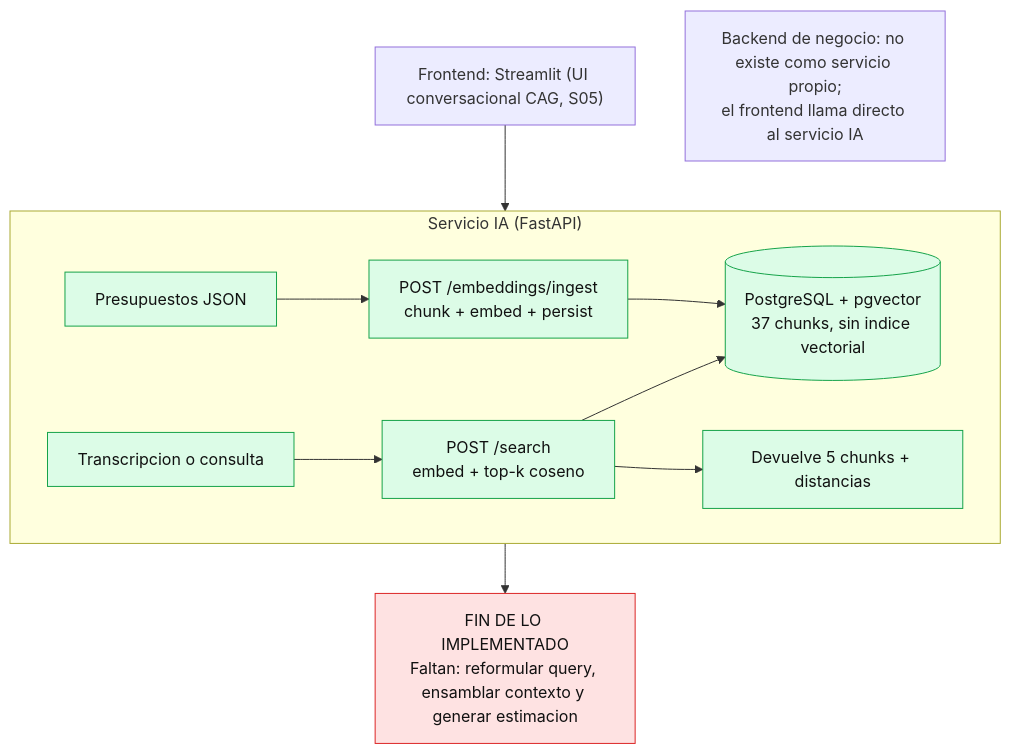
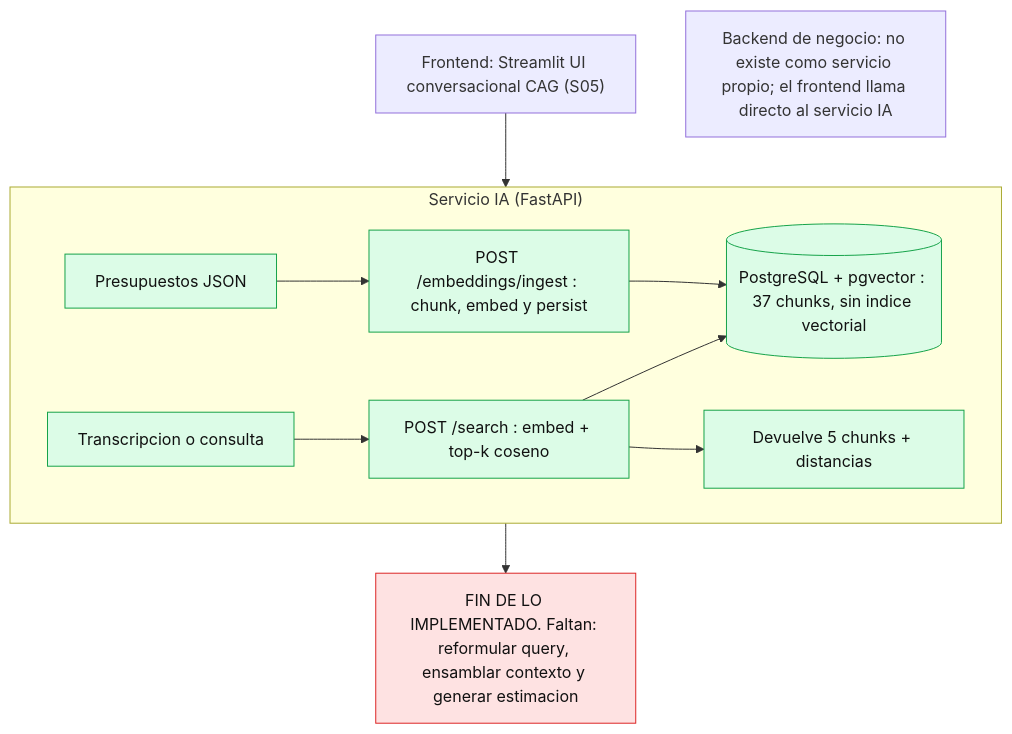
One commit to apelaez-link/ai-engineering-lidr changed the first of 2 diagrams in arquitectura-actual.md. Above: the diagram before and after it, drawn with Mermaid. The commit also changed other lines of this file, not shown here.

Commit message:
fix(S09): diagramas legibles — quito <br/> que GitHub ignora (pegaba palabras)

````diff
--- a/arquitectura-actual.md
+++ b/arquitectura-actual.md
@@ -18,22 +18,22 @@
 ```mermaid
 flowchart TB
-  FE["Frontend: Streamlit (UI conversacional CAG, S05)"]
-  BN["Backend de negocio: no existe como servicio propio;<br/>el frontend llama directo al servicio IA"]
+  FE["Frontend: Streamlit UI conversacional CAG (S05)"]
+  BN["Backend de negocio: no existe como servicio propio; el frontend llama directo al servicio IA"]
 
   subgraph IA["Servicio IA (FastAPI)"]
     direction LR
-    B["Presupuestos JSON"] --> ING["POST /embeddings/ingest<br/>chunk + embed + persist"]
-    ING --> DB[("PostgreSQL + pgvector<br/>37 chunks, sin indice vectorial")]
-    Q["Transcripcion o consulta"] --> SR["POST /search<br/>embed + top-k coseno"]
+    B["Presupuestos JSON"] --> ING["POST /embeddings/ingest : chunk, embed y persist"]
+    ING --> DB[("PostgreSQL + pgvector : 37 chunks, sin indice vectorial")]
+    Q["Transcripcion o consulta"] --> SR["POST /search : embed + top-k coseno"]
     SR --> DB
     SR --> R["Devuelve 5 chunks + distancias"]
   end
 
   FE --> IA
-  R --> WALL["FIN DE LO IMPLEMENTADO<br/>Faltan: reformular query, ensamblar contexto y generar estimacion"]
+  R --> WALL["FIN DE LO IMPLEMENTADO. Faltan: reformular query, ensamblar contexto y generar estimacion"]
 
   classDef done fill:#dcfce7,stroke:#16a34a,color:#111
   classDef wall fill:#fee2e2,stroke:#dc2626,color:#111
   class B,ING,DB,Q,SR,R done
   class WALL wall
 ```
````
